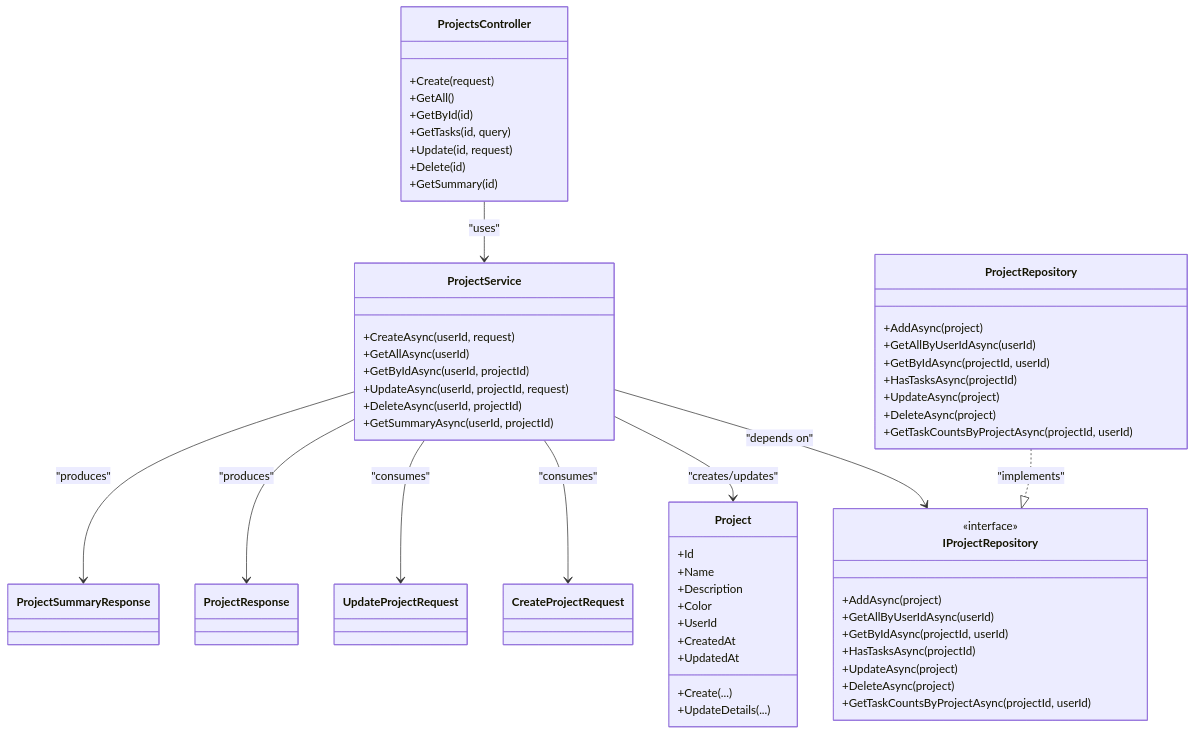
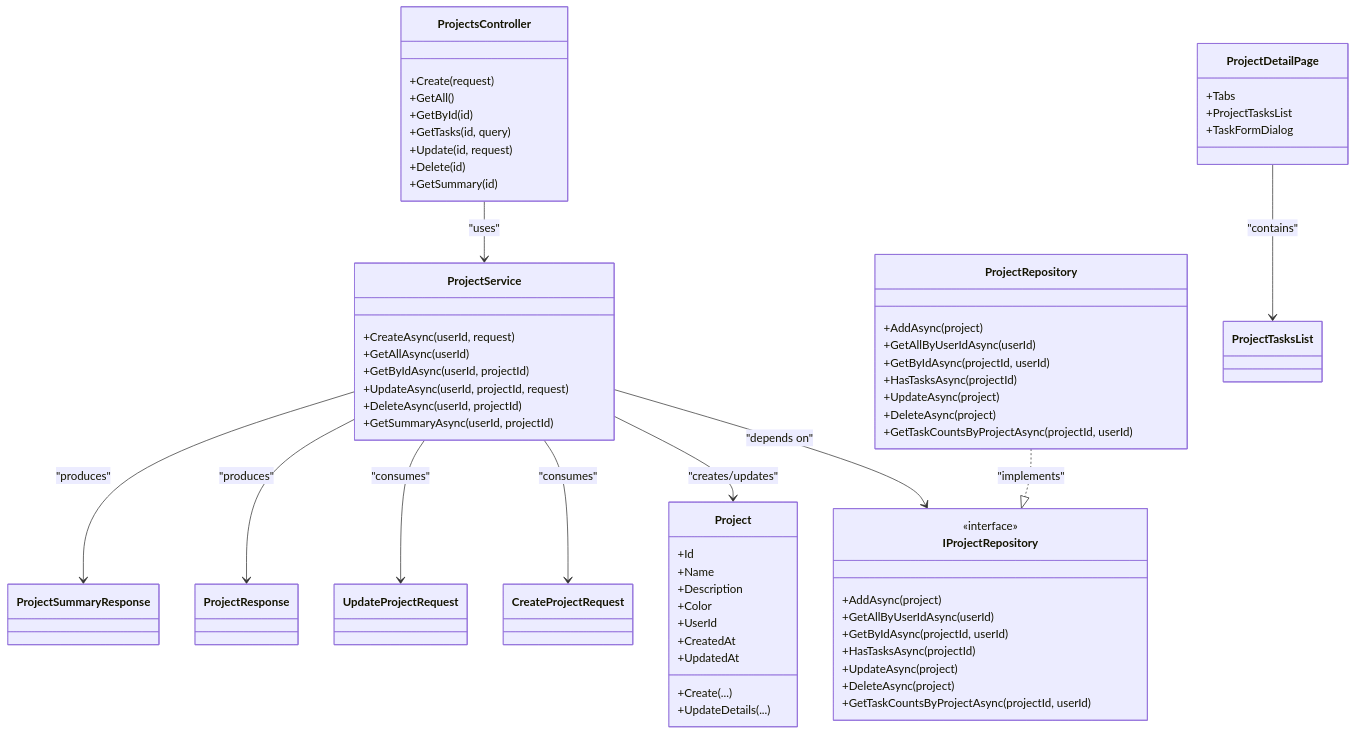
One commit to jejejesus/TaskFlow changed diagram 14 of 14 in .qoder/repowiki/en/content/Project Management Feature/Project Management Feature.md. Above: the diagram before and after it, drawn with Mermaid. The commit also changed other lines of this file and 21 other files, not shown here.

````diff
--- a/.qoder/repowiki/en/content/Project Management Feature/Project Management Feature.md
+++ b/.qoder/repowiki/en/content/Project Management Feature/Project Management Feature.md
@@ -453,62 +560,68 @@
 ```mermaid
 classDiagram
 class ProjectsController {
 +Create(request)
 +GetAll()
 +GetById(id)
 +GetTasks(id, query)
 +Update(id, request)
 +Delete(id)
 +GetSummary(id)
 }
 class ProjectService {
 +CreateAsync(userId, request)
 +GetAllAsync(userId)
 +GetByIdAsync(userId, projectId)
 +UpdateAsync(userId, projectId, request)
 +DeleteAsync(userId, projectId)
 +GetSummaryAsync(userId, projectId)
 }
 class IProjectRepository {
 <<interface>>
 +AddAsync(project)
 +GetAllByUserIdAsync(userId)
 +GetByIdAsync(projectId, userId)
 +HasTasksAsync(projectId)
 +UpdateAsync(project)
 +DeleteAsync(project)
 +GetTaskCountsByProjectAsync(projectId, userId)
 }
 class ProjectRepository {
 +AddAsync(project)
 +GetAllByUserIdAsync(userId)
 +GetByIdAsync(projectId, userId)
 +HasTasksAsync(projectId)
 +UpdateAsync(project)
 +DeleteAsync(project)
 +GetTaskCountsByProjectAsync(projectId, userId)
 }
 class Project {
 +Id
 +Name
 +Description
 +Color
 +UserId
 +CreatedAt
 +UpdatedAt
 +Create(...)
 +UpdateDetails(...)
 }
 class CreateProjectRequest
 class UpdateProjectRequest
 class ProjectResponse
 class ProjectSummaryResponse
+class ProjectDetailPage {
++Tabs
++ProjectTasksList
++TaskFormDialog
+}
 ProjectsController --> ProjectService : "uses"
 ProjectService --> IProjectRepository : "depends on"
 ProjectRepository ..|> IProjectRepository : "implements"
 ProjectService --> Project : "creates/updates"
 ProjectService --> CreateProjectRequest : "consumes"
 ProjectService --> UpdateProjectRequest : "consumes"
 ProjectService --> ProjectResponse : "produces"
 ProjectService --> ProjectSummaryResponse : "produces"
+ProjectDetailPage --> ProjectTasksList : "contains"
 ```
````
